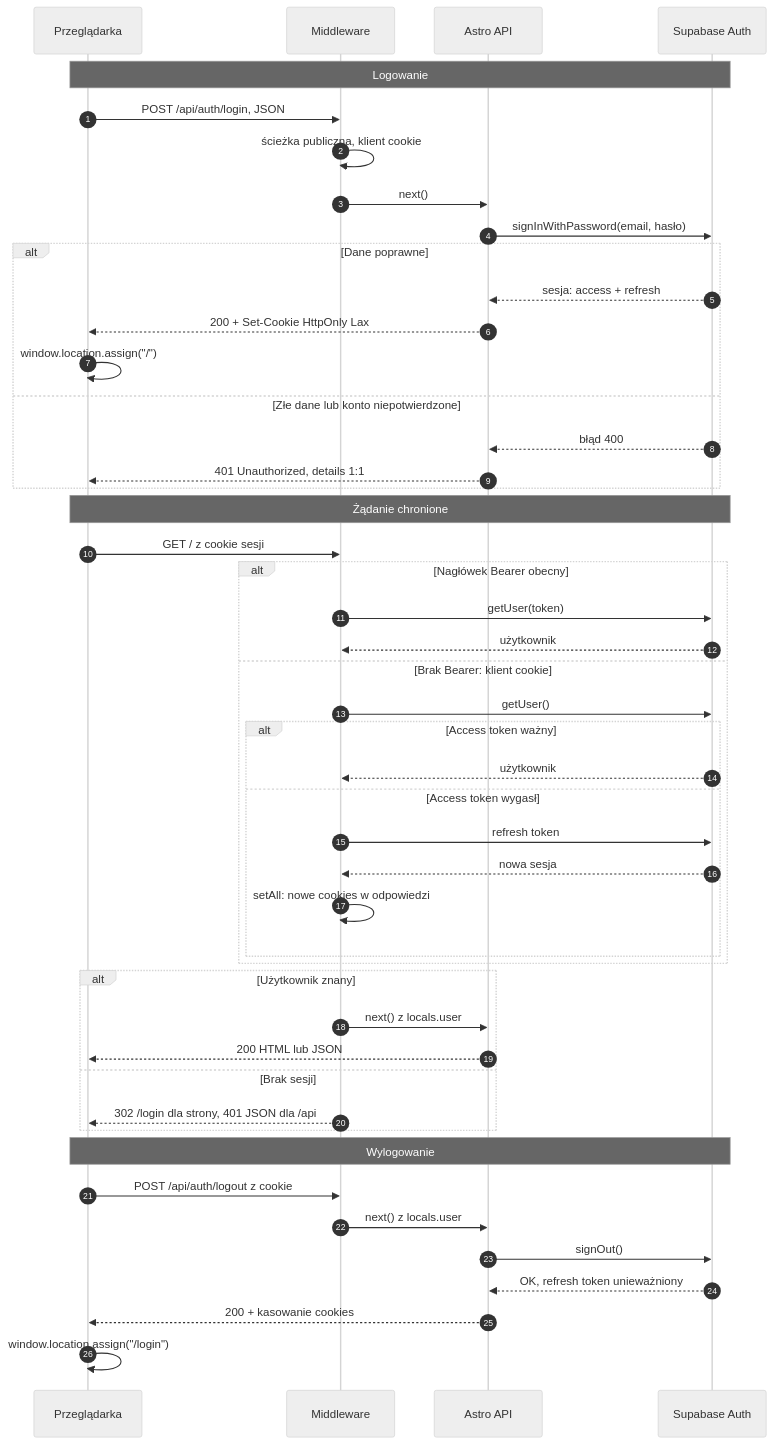
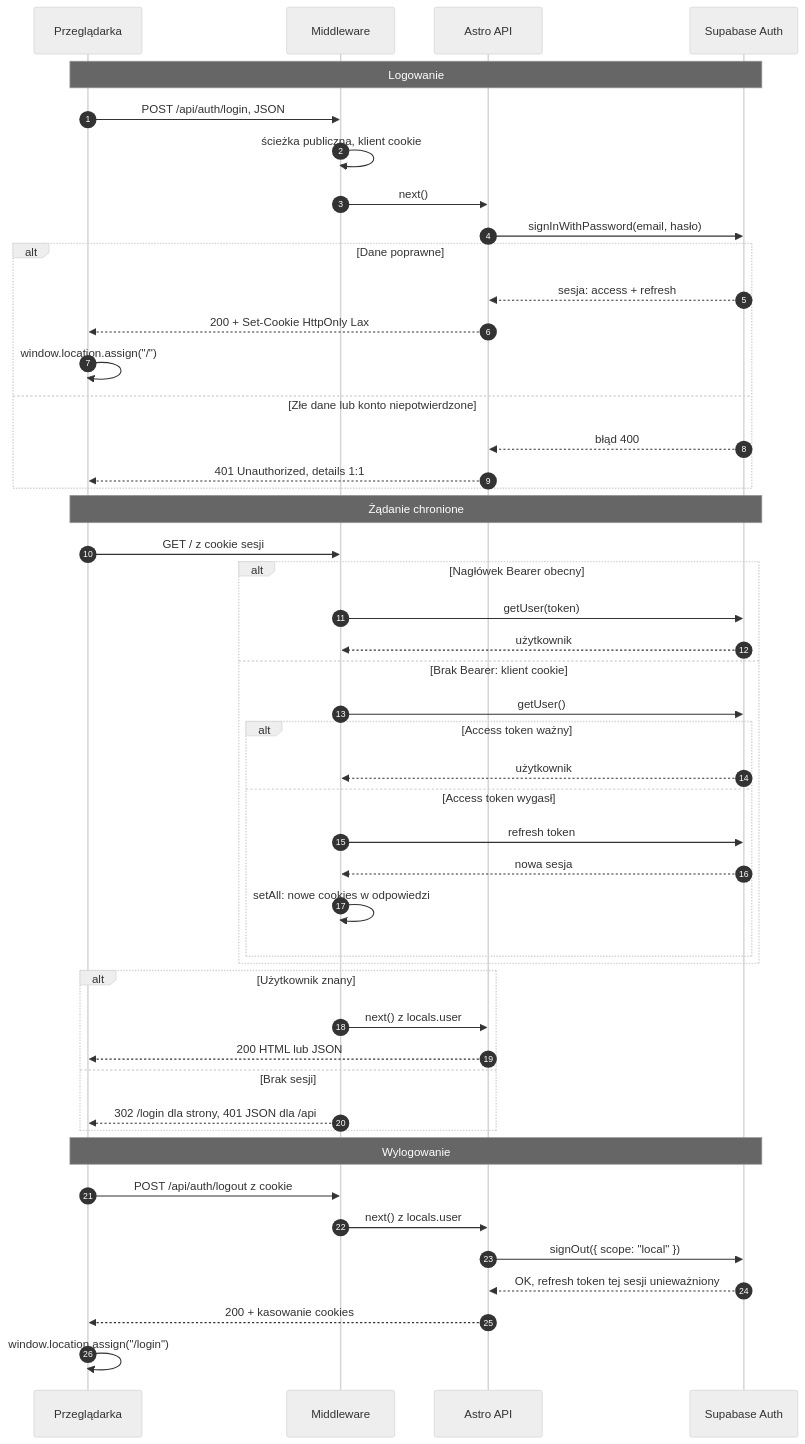
The first of 3 diagrams in context/foundation/ap6-auth-spec-pl.md (janwychowaniak/mindagora), drawn with Mermaid (neutral theme) before and after one commit. The commit also changed other lines of this file and 5 other files, not shown here.

First line of the commit message:
fix(auth): sign out only the session that asked

````diff
--- a/context/foundation/ap6-auth-spec-pl.md
+++ b/context/foundation/ap6-auth-spec-pl.md
@@ -231,52 +232,52 @@
 ```mermaid
 sequenceDiagram
   autonumber
   participant P as Przeglądarka
   participant M as Middleware
   participant A as Astro API
   participant S as Supabase Auth
 
   Note over P,S: Logowanie
   P->>M: POST /api/auth/login, JSON
   M->>M: ścieżka publiczna, klient cookie
   M->>A: next()
   A->>S: signInWithPassword(email, hasło)
   alt Dane poprawne
     S-->>A: sesja: access + refresh
     A-->>P: 200 + Set-Cookie HttpOnly Lax
     P->>P: window.location.assign("/")
   else Złe dane lub konto niepotwierdzone
     S-->>A: błąd 400
     A-->>P: 401 Unauthorized, details 1:1
   end
 
   Note over P,S: Żądanie chronione
   P->>M: GET / z cookie sesji
   alt Nagłówek Bearer obecny
     M->>S: getUser(token)
     S-->>M: użytkownik
   else Brak Bearer: klient cookie
     M->>S: getUser()
     alt Access token ważny
       S-->>M: użytkownik
     else Access token wygasł
       M->>S: refresh token
       S-->>M: nowa sesja
       M->>M: setAll: nowe cookies w odpowiedzi
     end
   end
   alt Użytkownik znany
     M->>A: next() z locals.user
     A-->>P: 200 HTML lub JSON
   else Brak sesji
     M-->>P: 302 /login dla strony, 401 JSON dla /api
   end
 
   Note over P,S: Wylogowanie
   P->>M: POST /api/auth/logout z cookie
   M->>A: next() z locals.user
-  A->>S: signOut()
-  S-->>A: OK, refresh token unieważniony
+  A->>S: signOut({ scope: "local" })
+  S-->>A: OK, refresh token tej sesji unieważniony
   A-->>P: 200 + kasowanie cookies
   P->>P: window.location.assign("/login")
 ```
````
